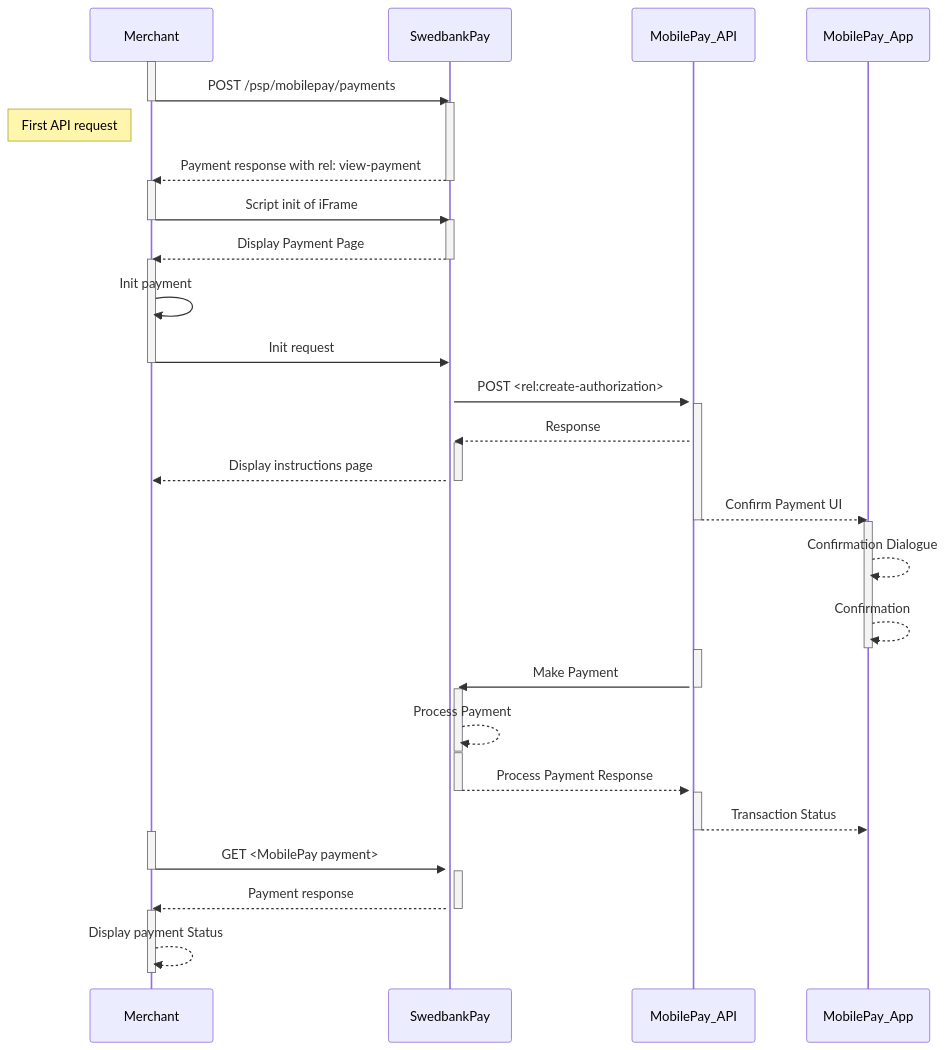
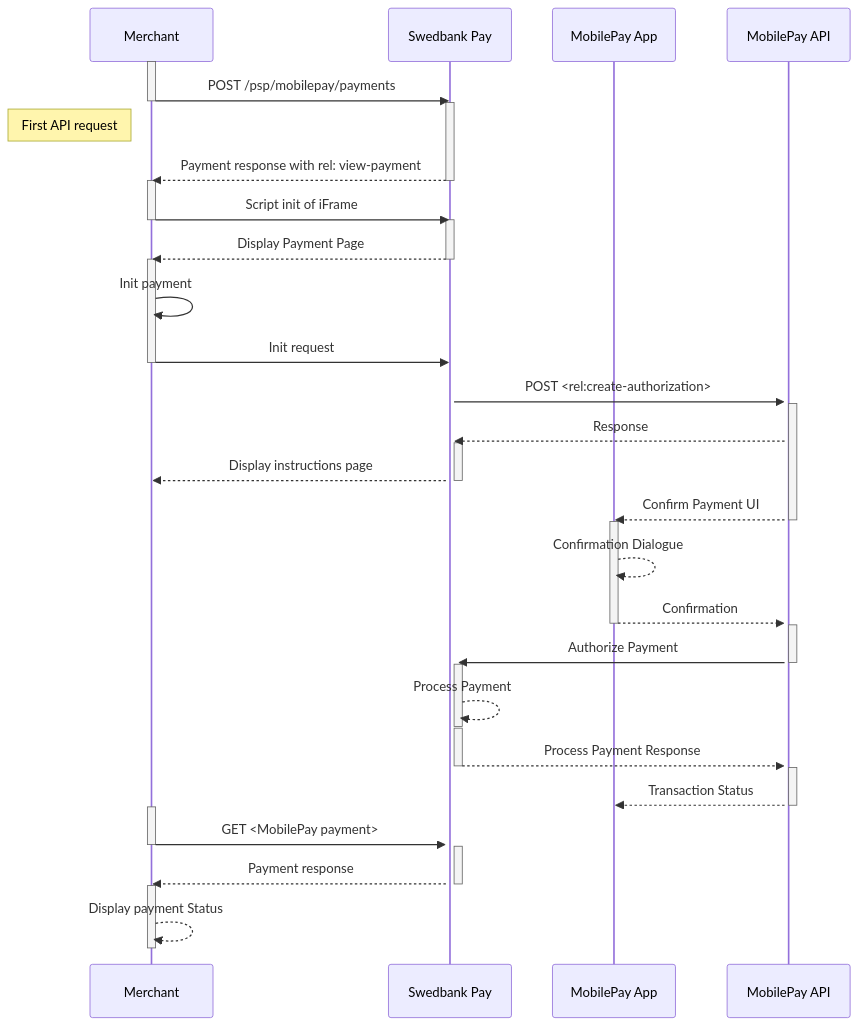
One commit to SwedbankPay/developer.swedbankpay.com changed the diagram in payment-instruments/mobile-pay/seamless-view.md. Above: the diagram before and after it, drawn with Mermaid.

Commit message:
ESY-2183: Added participants to the diagram as well as fixing capitalization

````diff
--- a/payment-instruments/mobile-pay/seamless-view.md
+++ b/payment-instruments/mobile-pay/seamless-view.md
@@ -230,43 +230,48 @@
 ```mermaid
 sequenceDiagram
+    participant Merchant
+    participant SwedbankPay as Swedbank Pay
+    participant MobilePayApp as MobilePay App
+    participant MobilePayApi as MobilePay API
+
     activate Merchant
     Merchant->>-SwedbankPay: POST /psp/mobilepay/payments
     activate SwedbankPay
     note left of Merchant: First API request
     SwedbankPay-->>-Merchant: Payment response with rel: view-payment
     activate Merchant
     Merchant->>-SwedbankPay: Script init of iFrame
     activate SwedbankPay
     SwedbankPay-->>-Merchant: Display Payment Page
     activate Merchant
     Merchant->>Merchant: Init payment
     Merchant->>-SwedbankPay: Init request
 
     activate SwedbankPay
-    SwedbankPay->>+MobilePay_API: POST <rel:create-authorization>
-    activate MobilePay_API
-    MobilePay_API-->>+SwedbankPay: Response
+    SwedbankPay->>+MobilePayApi: POST <rel:create-authorization>
+    activate MobilePayApi
+    MobilePayApi-->>+SwedbankPay: Response
     activate SwedbankPay
     SwedbankPay-->>-Merchant: Display instructions page
 
-    MobilePay_API-->>-MobilePay_App: Confirm Payment UI
-    activate MobilePay_App
-    MobilePay_App-->>MobilePay_App: Confirmation Dialogue
-    MobilePay_App-->>-MobilePay_App: Confirmation
+    MobilePayApi-->>-MobilePayApp: Confirm Payment UI
+    activate MobilePayApp
+    MobilePayApp-->>MobilePayApp: Confirmation Dialogue
+    MobilePayApp-->>-MobilePayApi: Confirmation
 
-    activate MobilePay_API
-    MobilePay_API->>-SwedbankPay: Make Payment
+    activate MobilePayApi
+    MobilePayApi->>-SwedbankPay: Authorize Payment
     activate SwedbankPay
     SwedbankPay-->>-SwedbankPay: Process Payment
     activate SwedbankPay
-    SwedbankPay-->>-MobilePay_API: Process Payment Response
-    activate MobilePay_API
-    MobilePay_API-->>-MobilePay_App: Transaction Status
+    SwedbankPay-->>-MobilePayApi: Process Payment Response
+    activate MobilePayApi
+    MobilePayApi-->>-MobilePayApp: Transaction Status
 
     activate Merchant
     Merchant->>- SwedbankPay: GET <MobilePay payment>
     activate  SwedbankPay
     SwedbankPay-->>-Merchant: Payment response
     activate Merchant
     Merchant-->>-Merchant: Display payment Status
 ```
````
